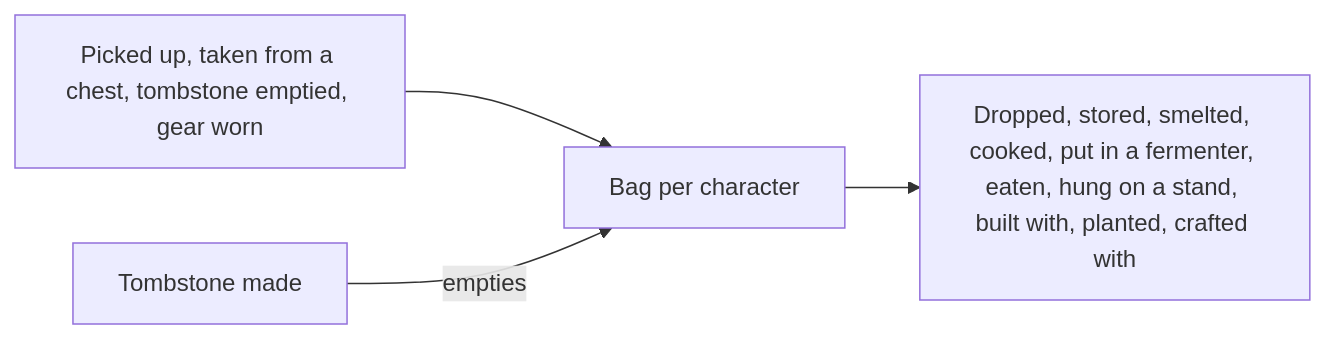
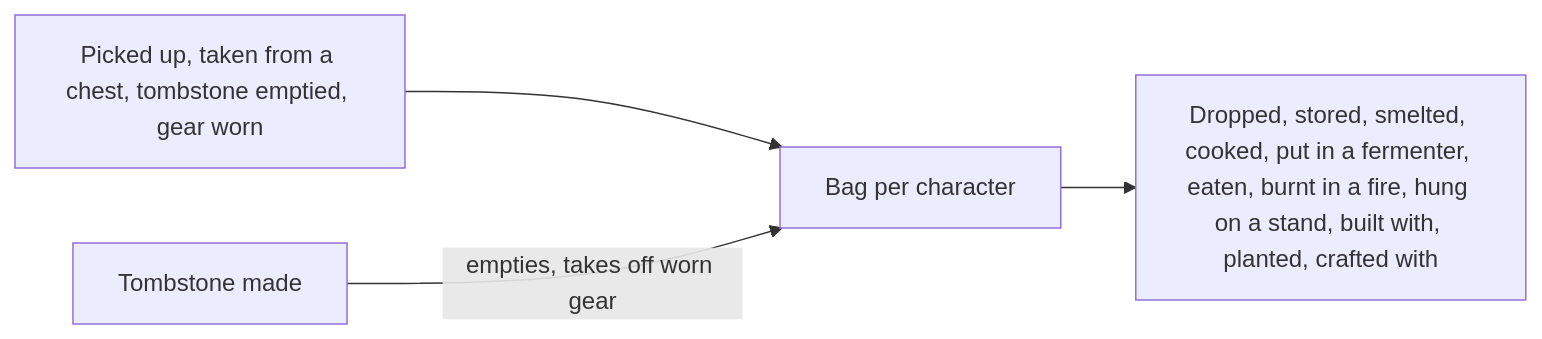
Before and after one commit to cristiadu/valheim-dashboard: the ninth of 21 diagrams in docs/architecture.md, drawn with Mermaid. The commit also changed other lines of this file and 11 other files, not shown here.

Commit message:
Bags: no doubled gear after a death, meals and fire fuel come out of the bag (#104)

````diff
--- a/docs/architecture.md
+++ b/docs/architecture.md
@@ -184,6 +184,6 @@
 ```mermaid
 flowchart LR
   in["Picked up, taken from a chest, tombstone emptied, gear worn"] --> bag[Bag per character]
-  bag --> out["Dropped, stored, smelted, cooked, put in a fermenter, eaten, hung on a stand, built with, planted, crafted with"]
-  death["Tombstone made"] -->|empties| bag
+  bag --> out["Dropped, stored, smelted, cooked, put in a fermenter, eaten, burnt in a fire, hung on a stand, built with, planted, crafted with"]
+  death["Tombstone made"] -->|empties, takes off worn gear| bag
 ```
````
